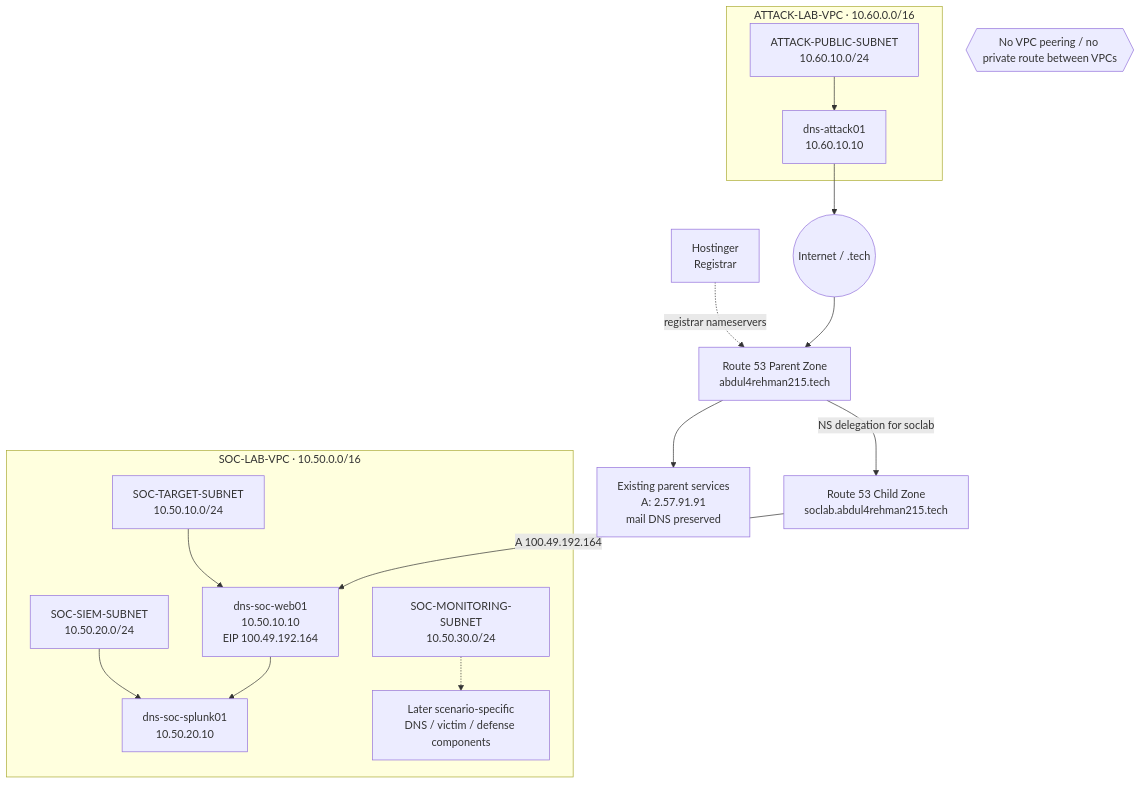
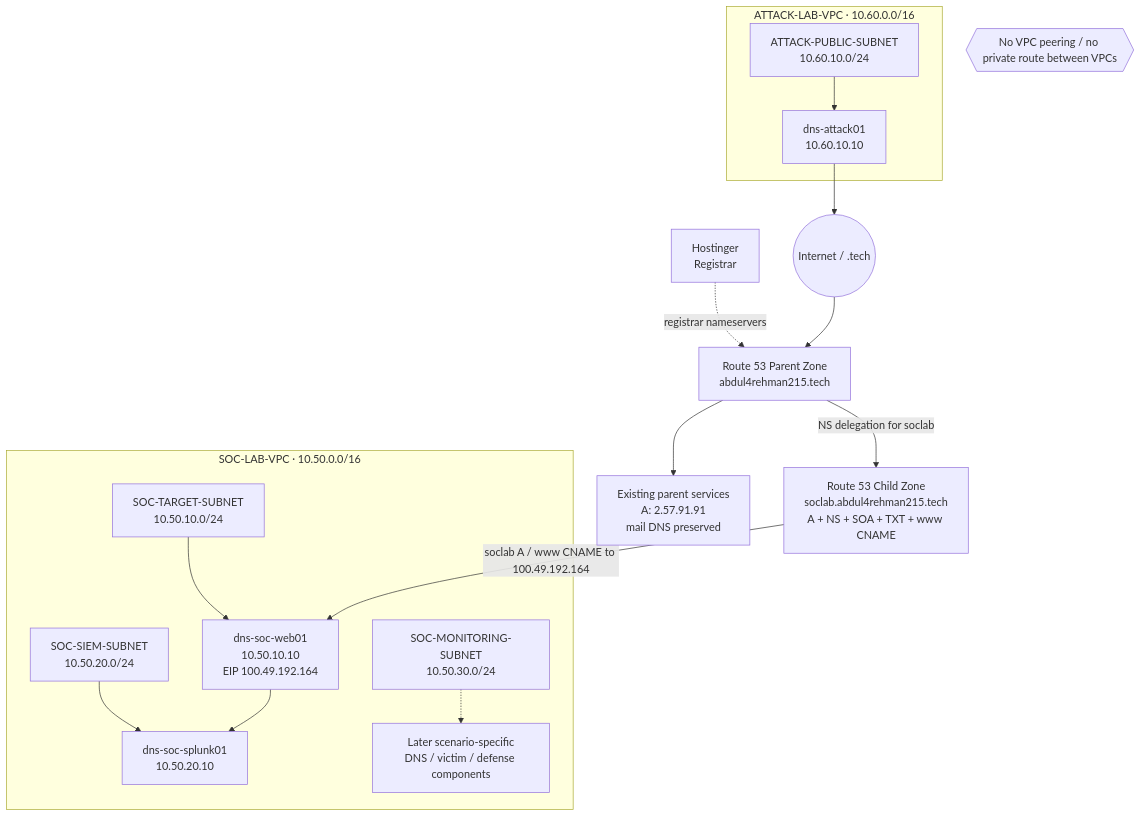
Before and after one commit to DNS-SOC-Lab/DNS-Lab-Infrastructure: the diagram in 01-network-architecture/base-network.md, drawn with Mermaid. The commit also changed other lines of this file, not shown here.

Commit message:
docs(network): carry the static DNS baseline

````diff
--- a/01-network-architecture/base-network.md
+++ b/01-network-architecture/base-network.md
@@ -11,35 +11,35 @@
 ```mermaid
 flowchart TB
     Registrar[Hostinger<br/>Registrar]
     Internet((Internet / .tech))
     Parent[Route 53 Parent Zone<br/>abdul4rehman215.tech]
-    Child[Route 53 Child Zone<br/>soclab.abdul4rehman215.tech]
+    Child[Route 53 Child Zone<br/>soclab.abdul4rehman215.tech<br/>A + NS + SOA + TXT + www CNAME]
     Existing[Existing parent services<br/>A: 2.57.91.91<br/>mail DNS preserved]
 
     subgraph AVPC[ATTACK-LAB-VPC · 10.60.0.0/16]
         ASubnet[ATTACK-PUBLIC-SUBNET<br/>10.60.10.0/24]
         Attack[dns-attack01<br/>10.60.10.10]
         ASubnet --> Attack
     end
 
     subgraph SVPC[SOC-LAB-VPC · 10.50.0.0/16]
         Target[SOC-TARGET-SUBNET<br/>10.50.10.0/24]
         SIEM[SOC-SIEM-SUBNET<br/>10.50.20.0/24]
         Monitoring[SOC-MONITORING-SUBNET<br/>10.50.30.0/24]
         Web[dns-soc-web01<br/>10.50.10.10<br/>EIP 100.49.192.164]
         Splunk[dns-soc-splunk01<br/>10.50.20.10]
         Target --> Web
         SIEM --> Splunk
         Monitoring -.-> Future[Later scenario-specific<br/>DNS / victim / defense components]
     end
 
     Registrar -. registrar nameservers .-> Parent
     Internet --> Parent
     Parent --> Existing
     Parent -->|NS delegation for soclab| Child
-    Child -->|A 100.49.192.164| Web
+    Child -->|soclab A / www CNAME to 100.49.192.164| Web
     Attack --> Internet
     Web --> Splunk
 
     X{{No VPC peering / no private route between VPCs}}
 ```
````
